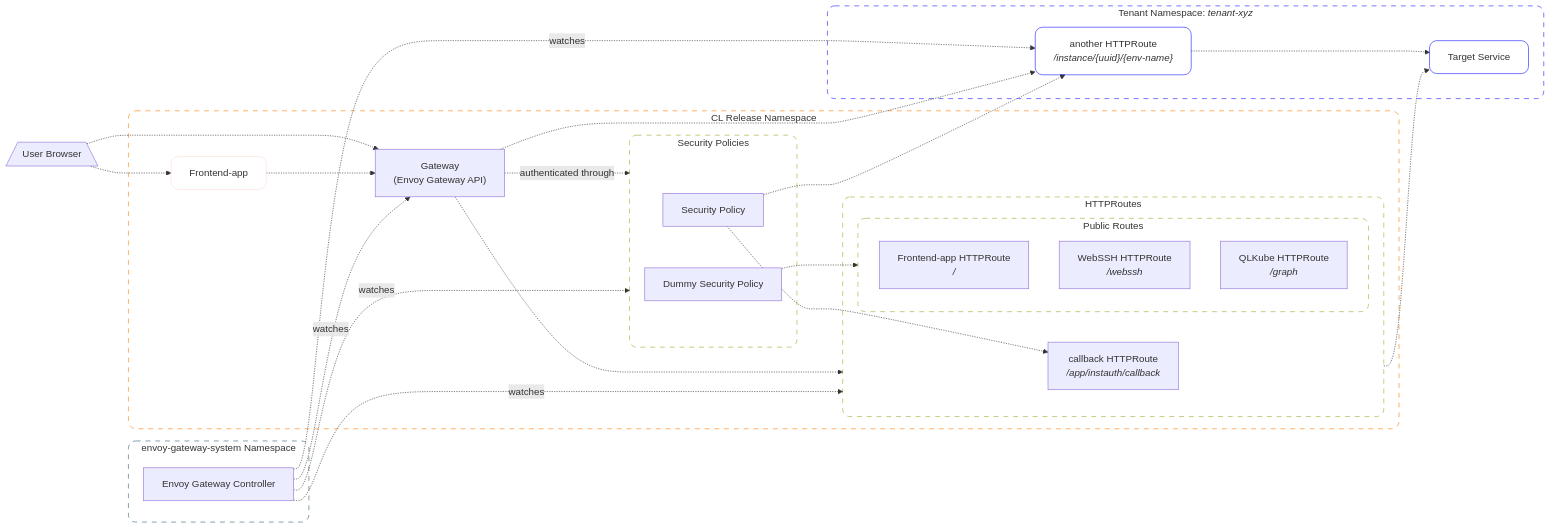
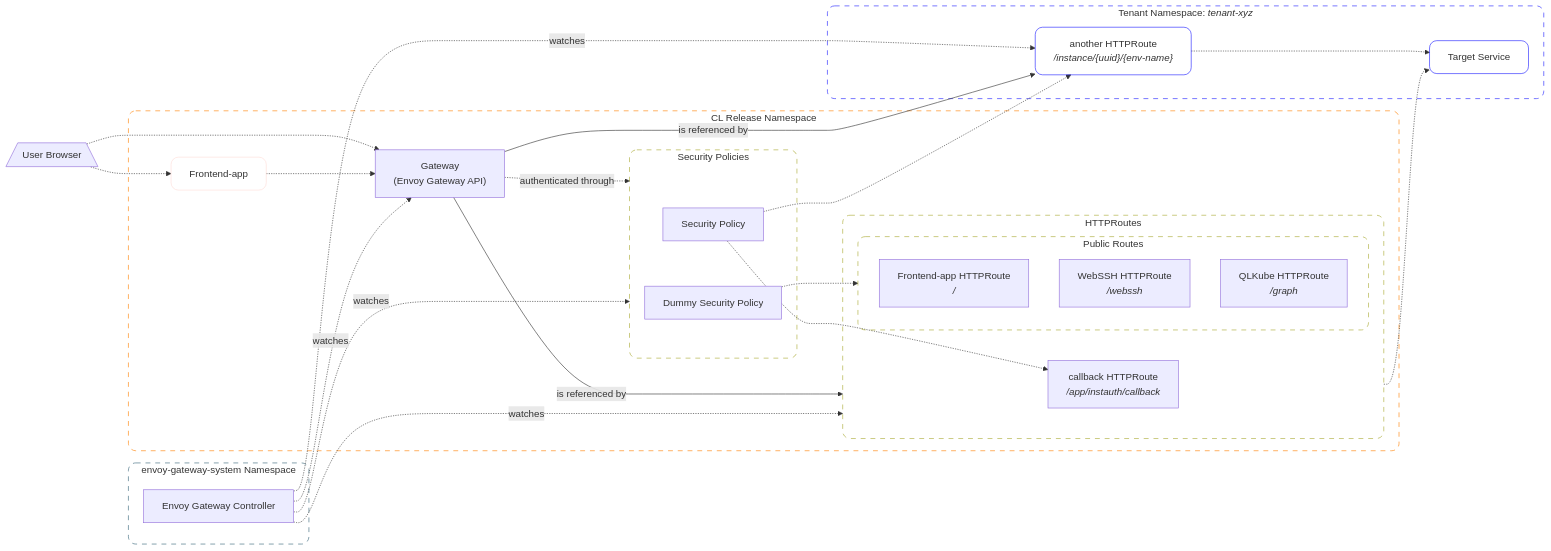
One commit to netgroup-polito/CrownLabs changed the second of 2 diagrams in deploy/crownlabs/docs/gateway-architecture-and-routing.md. Above: the diagram before and after it, drawn with Mermaid. The commit also changed other lines of this file, not shown here.

Commit message:
edit gateway graphs

````diff
--- a/deploy/crownlabs/docs/gateway-architecture-and-routing.md
+++ b/deploy/crownlabs/docs/gateway-architecture-and-routing.md
@@ -81,67 +81,67 @@
 ```mermaid
 flowchart LR
 
 User@{shape: trap-b, label: "User Browser"}
 
 subgraph ReleaseNS["CL Release Namespace"]
     Gateway["`Gateway
         (Envoy Gateway API)`"]
     FrontendApp["Frontend-app"]:::FrontendStyle
 
     subgraph SecPols["Security Policies"]
         SecPolG["Security Policy"]
         SecPolDummy["Dummy Security Policy"]
     end
 
     subgraph Routes["HTTPRoutes"]
         CallbackRoute["`callback HTTPRoute
             _/app/instauth/callback_`"]
         subgraph PublicRoutes["Public Routes"]
             FrontendRoute["`Frontend-app HTTPRoute
                 _/_`"]
             WebSSHRoute["`WebSSH HTTPRoute
                 _/webssh_`"]
             QLKubeRoute["`QLKube HTTPRoute
                 _/graph_`"]
         end
     end
 end
 subgraph EnvoyNS["`envoy-gateway-system Namespace`"]
     EnvoyGatewayController["Envoy Gateway Controller"]
 end
 subgraph TenantNS["`Tenant Namespace: _tenant-xyz_`"]
     OtherRoute["`another HTTPRoute
         _/instance/{uuid}/{env-name}_`"]
     TargetService["Target Service"]
 end
 
-User -.-> FrontendApp
-User -.-> Gateway
-FrontendApp -.-> Gateway
-Gateway -.-> Routes
-Gateway -.-> OtherRoute
+User .-> FrontendApp
+User .-> Gateway
+FrontendApp .-> Gateway
+Gateway -- is referenced by --> Routes
+Gateway -- is referenced by --> OtherRoute
 Gateway -. authenticated through .-> SecPols
-SecPolG -.-> CallbackRoute
-SecPolG -.-> OtherRoute
-SecPolDummy -.-> PublicRoutes
+SecPolG .-> CallbackRoute
+SecPolG .-> OtherRoute
+SecPolDummy .-> PublicRoutes
 
 EnvoyGatewayController -. watches .-> Gateway
 EnvoyGatewayController -. watches .-> Routes
 EnvoyGatewayController -. watches .-> SecPols
 EnvoyGatewayController -. watches .-> OtherRoute
 Routes -.-> TargetService
 OtherRoute -.-> TargetService
 
 classDef ReleaseNSStyle stroke:#FF8000,rx:12,ry:12,fill:none,stroke-dasharray:8
 classDef EnvoyNSStyle stroke:#38677B,rx:12,ry:12,fill:none,stroke-dasharray:8
 classDef TenantNSStyle stroke:#2222FF,rx:12,ry:12,fill:none,stroke-dasharray:8
 classDef GenericDomainStyle fill:none,rx:12,ry:12,stroke-dasharray:8
 classDef TenantStyle stroke:#2222FF,rx:12,ry:12,fill:none
 classDef FrontendStyle stroke:#FDDCD7,rx:12,ry:12,fill:none
 
 class ReleaseNS ReleaseNSStyle
 class EnvoyNS EnvoyNSStyle
 class TenantNS TenantNSStyle
 class Routes,PublicRoutes,SecPols GenericDomainStyle
 class OtherRoute,TargetService TenantStyle
 ```
````
